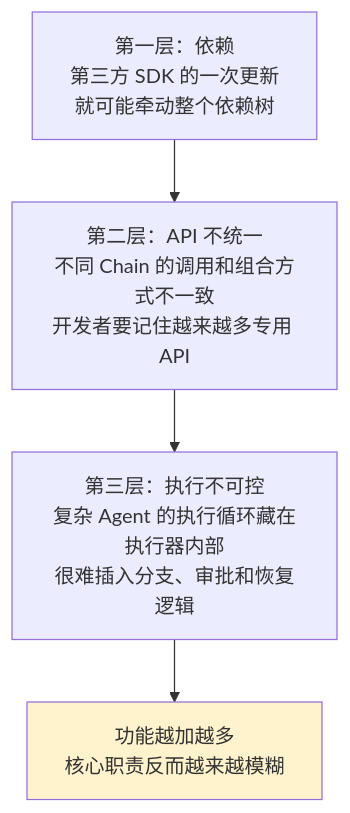
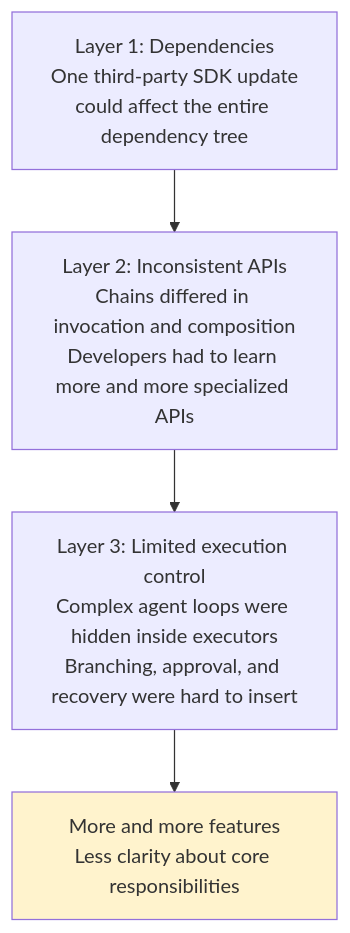
The first of 4 diagrams in docs/frameworks/01-langchain/03-ecosystem/11-version-evolution.md (oneleaveknowsthefall/awesome-ai-roadmap), drawn with Mermaid before and after one commit. The commit also changed other lines of this file and 70 other files, not shown here.

````diff
--- a/docs/frameworks/01-langchain/03-ecosystem/11-version-evolution.md
+++ b/docs/frameworks/01-langchain/03-ecosystem/11-version-evolution.md
@@ -13,10 +13,10 @@
 ```mermaid
 flowchart TB
-    A["第一层：依赖<br/>第三方 SDK 的一次更新<br/>就可能牵动整个依赖树"]
-    B["第二层：API 不统一<br/>不同 Chain 的调用和组合方式不一致<br/>开发者要记住越来越多专用 API"]
-    C["第三层：执行不可控<br/>复杂 Agent 的执行循环藏在执行器内部<br/>很难插入分支、审批和恢复逻辑"]
+    A["Layer 1: Dependencies<br/>One third-party SDK update<br/>could affect the entire dependency tree"]
+    B["Layer 2: Inconsistent APIs<br/>Chains differed in invocation and composition<br/>Developers had to learn more and more specialized APIs"]
+    C["Layer 3: Limited execution control<br/>Complex agent loops were hidden inside executors<br/>Branching, approval, and recovery were hard to insert"]
     A --> B --> C
-    C --> D["功能越加越多<br/>核心职责反而越来越模糊"]
+    C --> D["More and more features<br/>Less clarity about core responsibilities"]
 
     style D fill:#fff3cd
 ```
````
